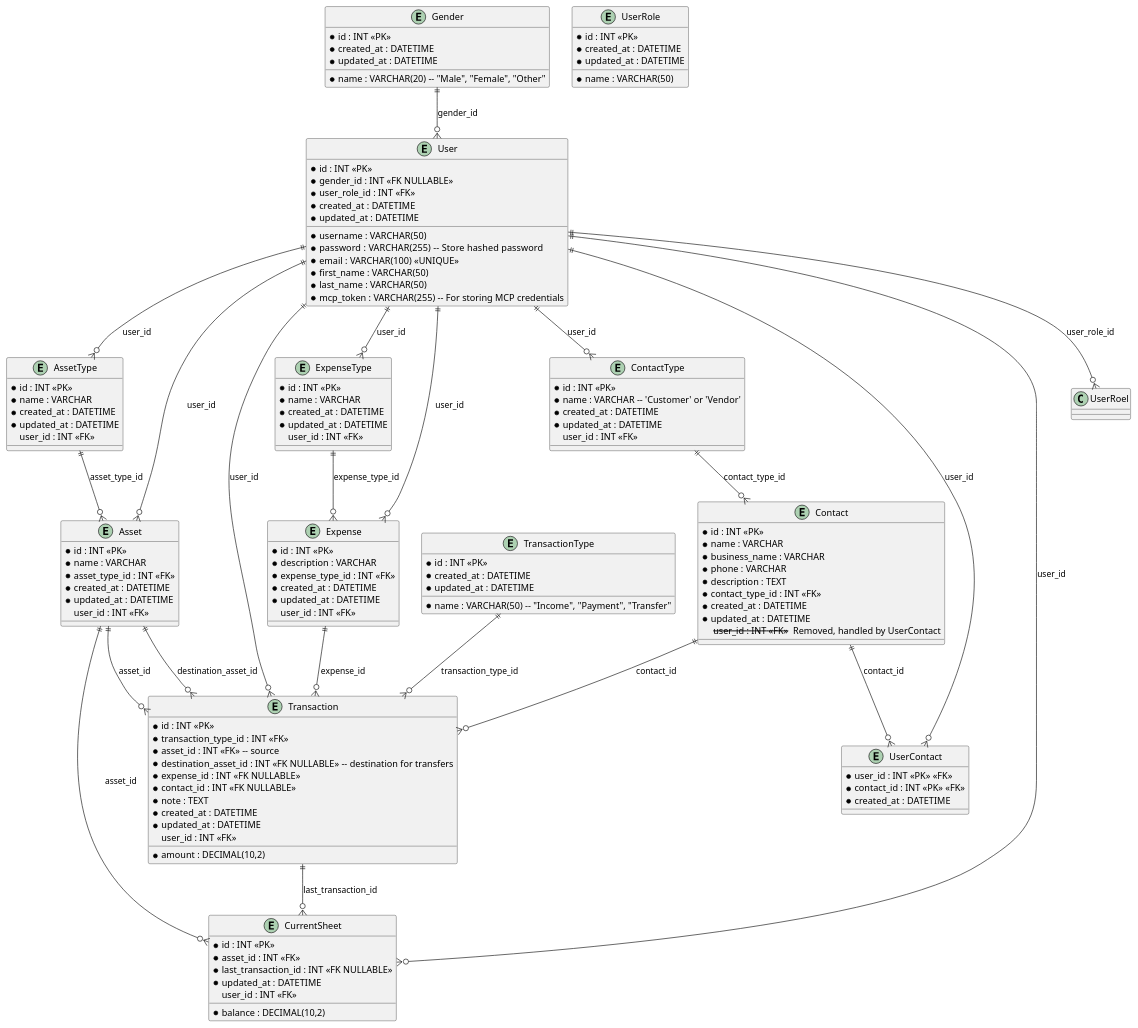
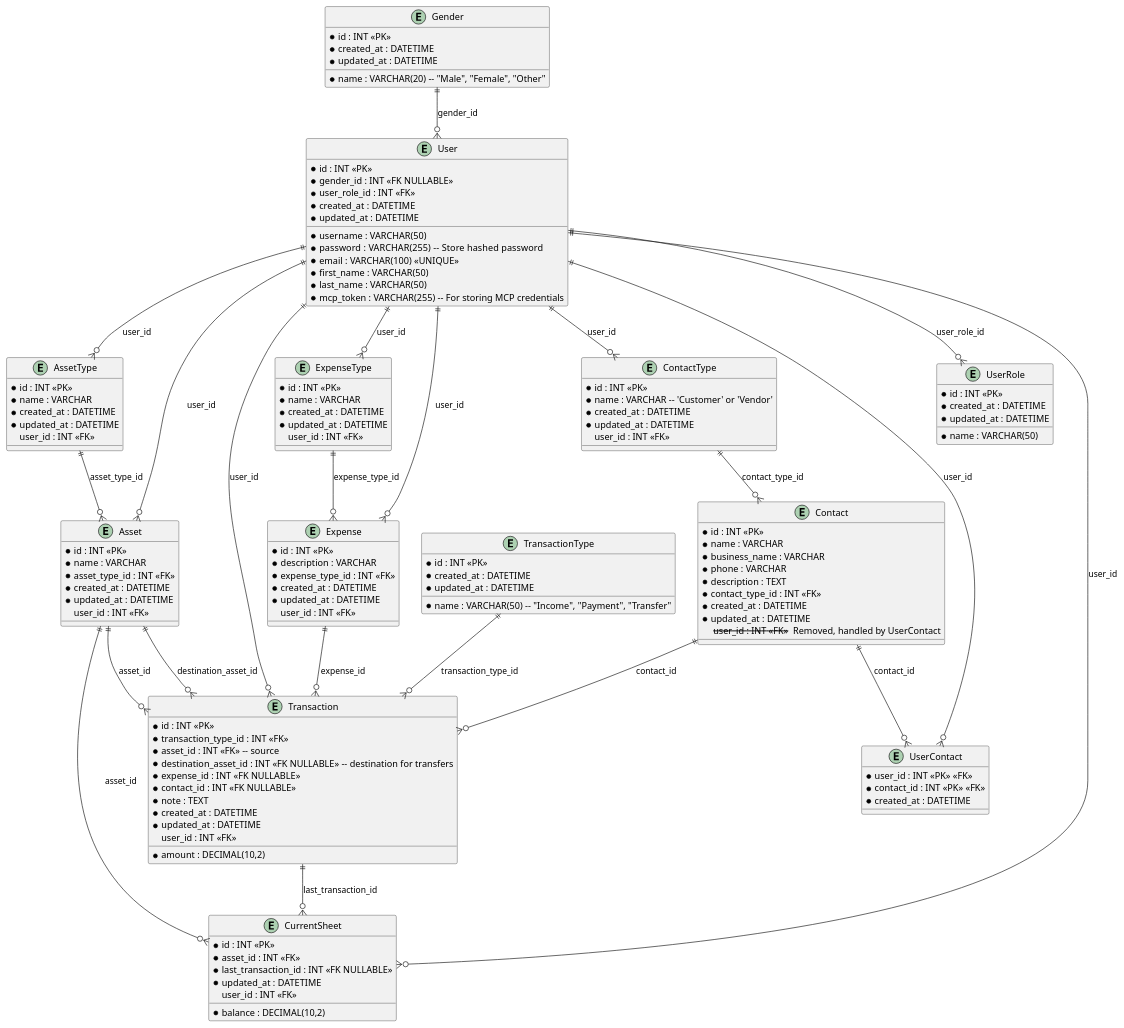
The diagram in docs/er.plantuml (otterdev0341/light-house-banking), drawn with PlantUML before and after one commit. The commit also changed 23 other files, not shown here.

```diff
--- a/docs/er.plantuml
+++ b/docs/er.plantuml
@@ -1,168 +1,168 @@
 @startuml "light-house"
 
 ' Done
 entity AssetType {
   *id : INT <<PK>>
   *name : VARCHAR
   *created_at : DATETIME
   *updated_at : DATETIME
   user_id : INT <<FK>>
 }
 
 ' Done
 entity Asset {
   *id : INT <<PK>>
   *name : VARCHAR
   *asset_type_id : INT <<FK>>
   *created_at : DATETIME
   *updated_at : DATETIME
   user_id : INT <<FK>>
 }
 
 ' Done
 entity ExpenseType {
   *id : INT <<PK>>
   *name : VARCHAR
   *created_at : DATETIME
   *updated_at : DATETIME
   user_id : INT <<FK>>
 }
 
 ' Done
 entity Expense {
   *id : INT <<PK>>
   *description : VARCHAR
   *expense_type_id : INT <<FK>>
   *created_at : DATETIME
   *updated_at : DATETIME
   user_id : INT <<FK>>
 }
 
 ' Done
 entity ContactType {
   *id : INT <<PK>>
   *name : VARCHAR -- 'Customer' or 'Vendor'
   *created_at : DATETIME
   *updated_at : DATETIME
   user_id : INT <<FK>>
 }
 
 ' Done
 entity Contact {
   *id : INT <<PK>>
   *name : VARCHAR
   *business_name : VARCHAR
   *phone : VARCHAR
   *description : TEXT
   *contact_type_id : INT <<FK>>
   *created_at : DATETIME
   *updated_at : DATETIME
   -- user_id : INT <<FK>> -- Removed, handled by UserContact
 }
 
 entity TransactionType {
   *id : INT <<PK>>
   *name : VARCHAR(50) -- "Income", "Payment", "Transfer"
   *created_at : DATETIME
   *updated_at : DATETIME
 }
 
 ' Done
 entity Transaction {
   *id : INT <<PK>>
   *transaction_type_id : INT <<FK>>
   *amount : DECIMAL(10,2)
   *asset_id : INT <<FK>> -- source
   *destination_asset_id : INT <<FK NULLABLE>> -- destination for transfers
   *expense_id : INT <<FK NULLABLE>>
   *contact_id : INT <<FK NULLABLE>>
   *note : TEXT
   *created_at : DATETIME
   *updated_at : DATETIME
   user_id : INT <<FK>>
 }
 
 ' Done
 entity CurrentSheet {
   *id : INT <<PK>>
   *asset_id : INT <<FK>>
   *balance : DECIMAL(10,2)
   *last_transaction_id : INT <<FK NULLABLE>>
   *updated_at : DATETIME
   user_id : INT <<FK>>
 }
 
 ' Done
 entity Gender {
   *id : INT <<PK>>
   *name : VARCHAR(20) -- "Male", "Female", "Other"
   *created_at : DATETIME
   *updated_at : DATETIME
 }
 
  ' Done
 entity User {
   *id : INT <<PK>>
   *username : VARCHAR(50)
   *password : VARCHAR(255)  -- Store hashed password
   *email : VARCHAR(100) <<UNIQUE>>
   *first_name : VARCHAR(50)
   *last_name : VARCHAR(50)
   *mcp_token : VARCHAR(255) -- For storing MCP credentials
   *gender_id : INT <<FK NULLABLE>>
   *user_role_id : INT <<FK>>
   *created_at : DATETIME
   *updated_at : DATETIME
 }
 
 ' Done
 entity UserRole {
   *id : INT <<PK>>
   *name : VARCHAR(50)
   *created_at : DATETIME
   *updated_at : DATETIME
 }
 
 entity UserContact {
   *user_id : INT <<PK>> <<FK>>
   *contact_id : INT <<PK>> <<FK>>
   *created_at : DATETIME
 }
 
 ' Relationships
 AssetType ||--o{ Asset : asset_type_id
 ExpenseType ||--o{ Expense : expense_type_id
 ContactType ||--o{ Contact : contact_type_id
 
 ' Contact to Transaction (via GeneralTransaction)
 Contact ||--o{ Transaction : contact_id
 
 ' Asset to Transaction (source and destination)
 Asset ||--o{ Transaction : asset_id
 Asset ||--o{ Transaction : destination_asset_id
 
 ' Expense to Transaction
 Expense ||--o{ Transaction : expense_id
 
 ' Asset to CurrentSheet
 Asset ||--o{ CurrentSheet : asset_id
 
 ' User to their specific data
 User ||--o{ AssetType : user_id
 User ||--o{ Asset : user_id
 User ||--o{ ExpenseType : user_id
 User ||--o{ Expense : user_id
 User ||--o{ ContactType : user_id
-User ||--o{ UserRoel : user_role_id
+User ||--o{ UserRole : user_role_id
 ' User ||--o{ Contact : user_id -- Replaced by UserContact
 User ||--o{ Transaction : user_id
 User ||--o{ CurrentSheet : user_id
 
 ' New Relationships
 TransactionType ||--o{ Transaction : transaction_type_id
 Gender ||--o{ User : gender_id
 User ||--o{ UserContact : user_id
 Contact ||--o{ UserContact : contact_id
 Transaction ||--o{ CurrentSheet : last_transaction_id
 
 @enduml
```
